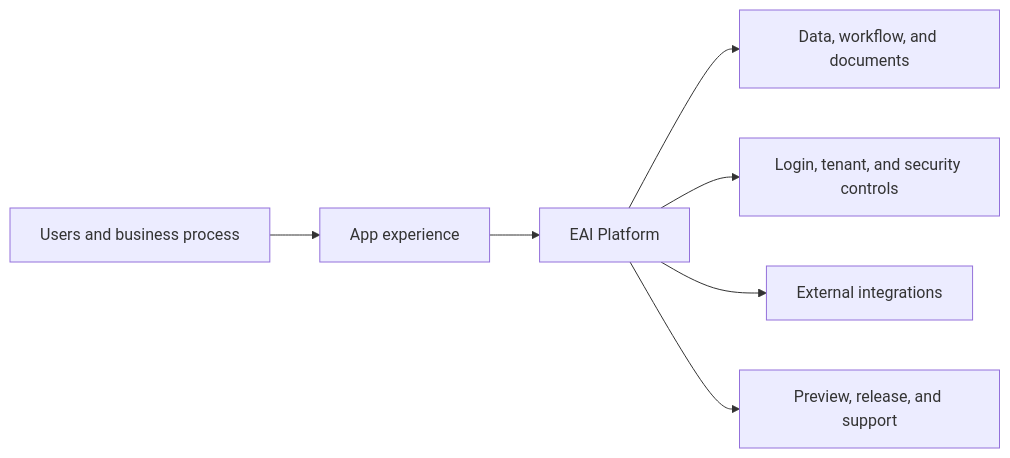
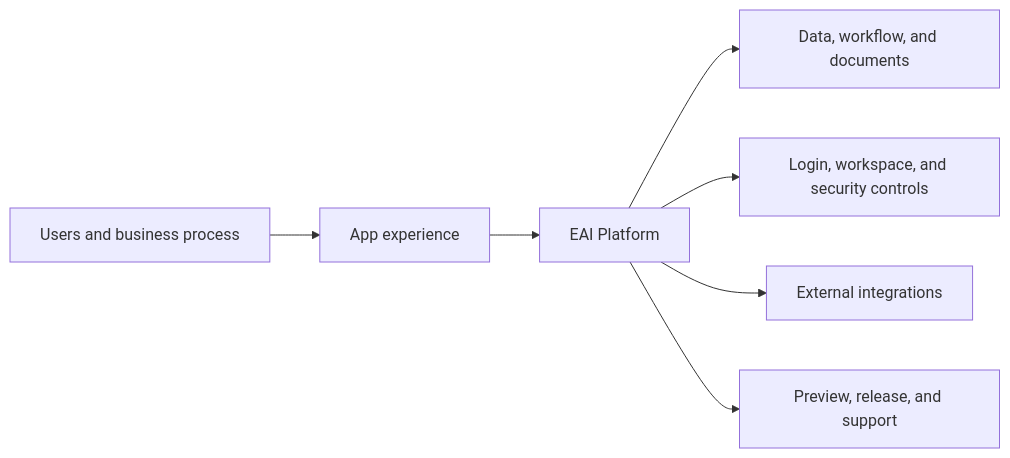
Before and after one commit to eai-support/eai-gofer: the diagram in plugins/eai-gofer/plugins/eai-gofer/.specify/templates/build-map-template.md, drawn with Mermaid. The commit also changed other lines of this file and 297 other files, not shown here.

````diff
--- a/plugins/eai-gofer/plugins/eai-gofer/.specify/templates/build-map-template.md
+++ b/plugins/eai-gofer/plugins/eai-gofer/.specify/templates/build-map-template.md
@@ -19,17 +19,17 @@
 ```mermaid
 flowchart LR
     user["Users and business process"]
     ui["App experience"]
     eai["EAI Platform"]
     data["Data, workflow, and documents"]
-    security["Login, tenant, and security controls"]
+    security["Login, workspace, and security controls"]
     integrations["External integrations"]
     release["Preview, release, and support"]
 
     user --> ui
     ui --> eai
     eai --> data
     eai --> security
     eai --> integrations
     eai --> release
 ```
````
